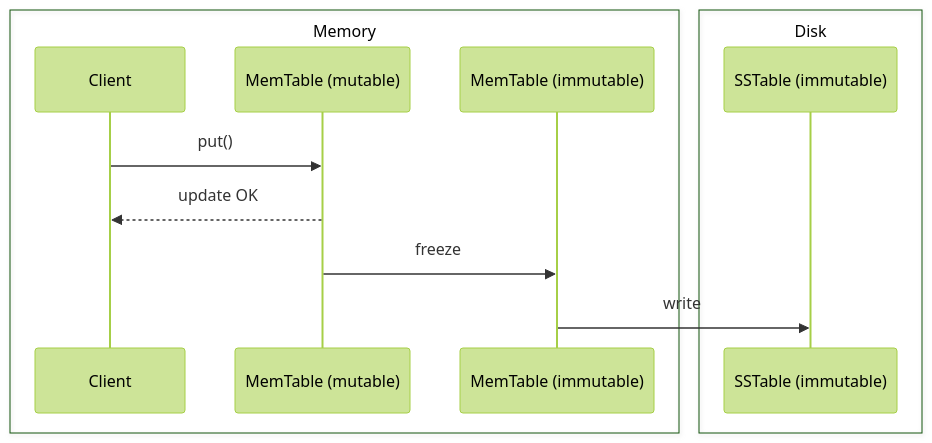
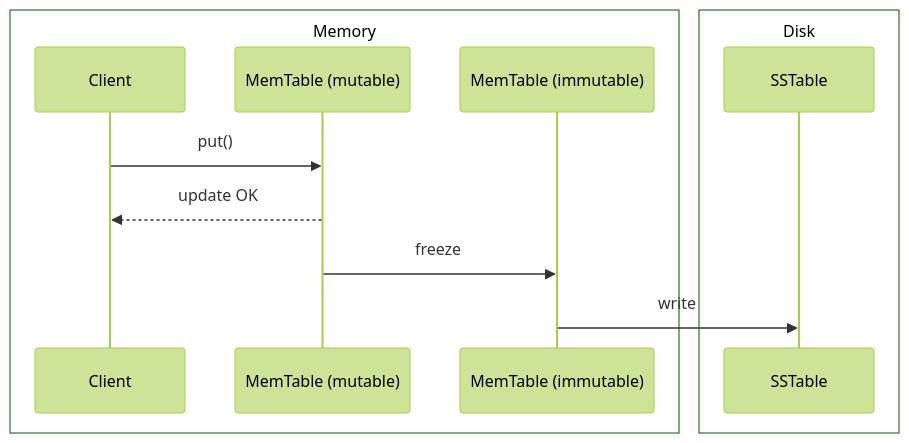
One commit to slatedb/slatedb changed the fourth of 7 diagrams in website/src/content/docs/docs/design/overview.mdx. Above: the diagram before and after it, drawn with Mermaid (forest theme). The commit also changed other lines of this file, not shown here.

````diff
--- a/website/src/content/docs/docs/design/overview.mdx
+++ b/website/src/content/docs/docs/design/overview.mdx
@@ -84,16 +84,16 @@
 ```mermaid
 sequenceDiagram
   box Memory
     participant C as Client
     participant MT as MemTable (mutable)
     participant IMT as MemTable (immutable)
   end
   box Disk
-    participant SST as SSTable (immutable)
+    participant SST as SSTable
   end
 
   C->>MT: put()
   MT-->>C: update OK
   MT->>IMT: freeze
   IMT->>SST: write
 ```
````
